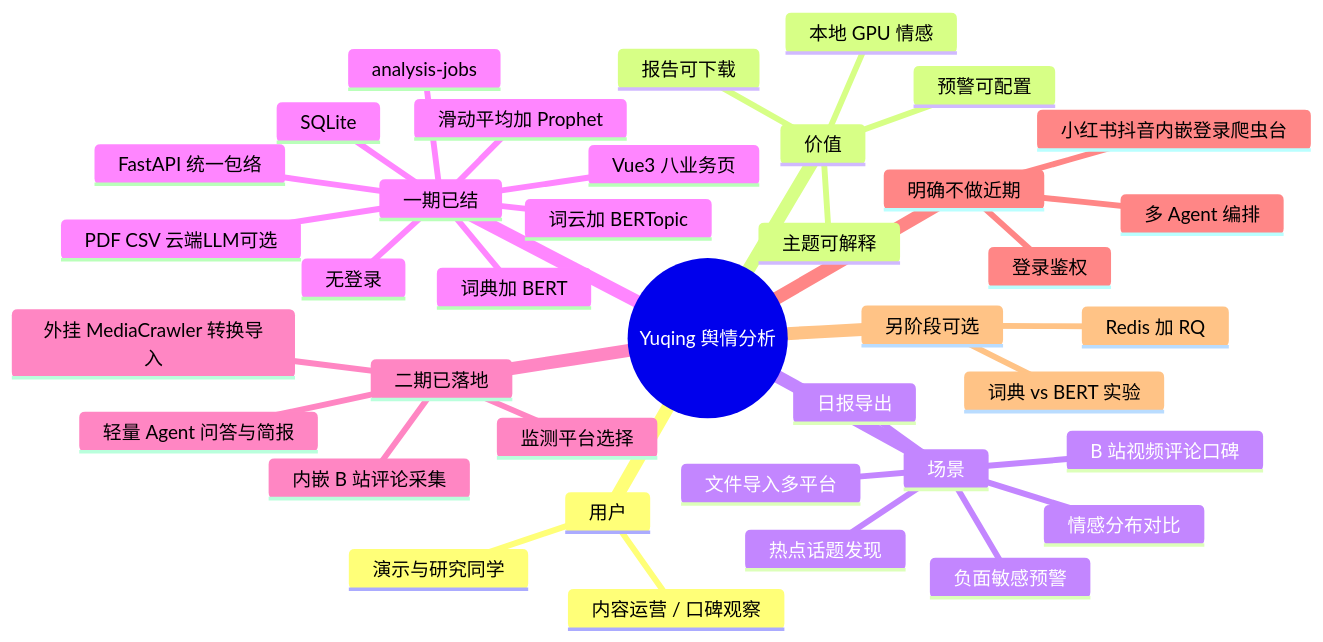
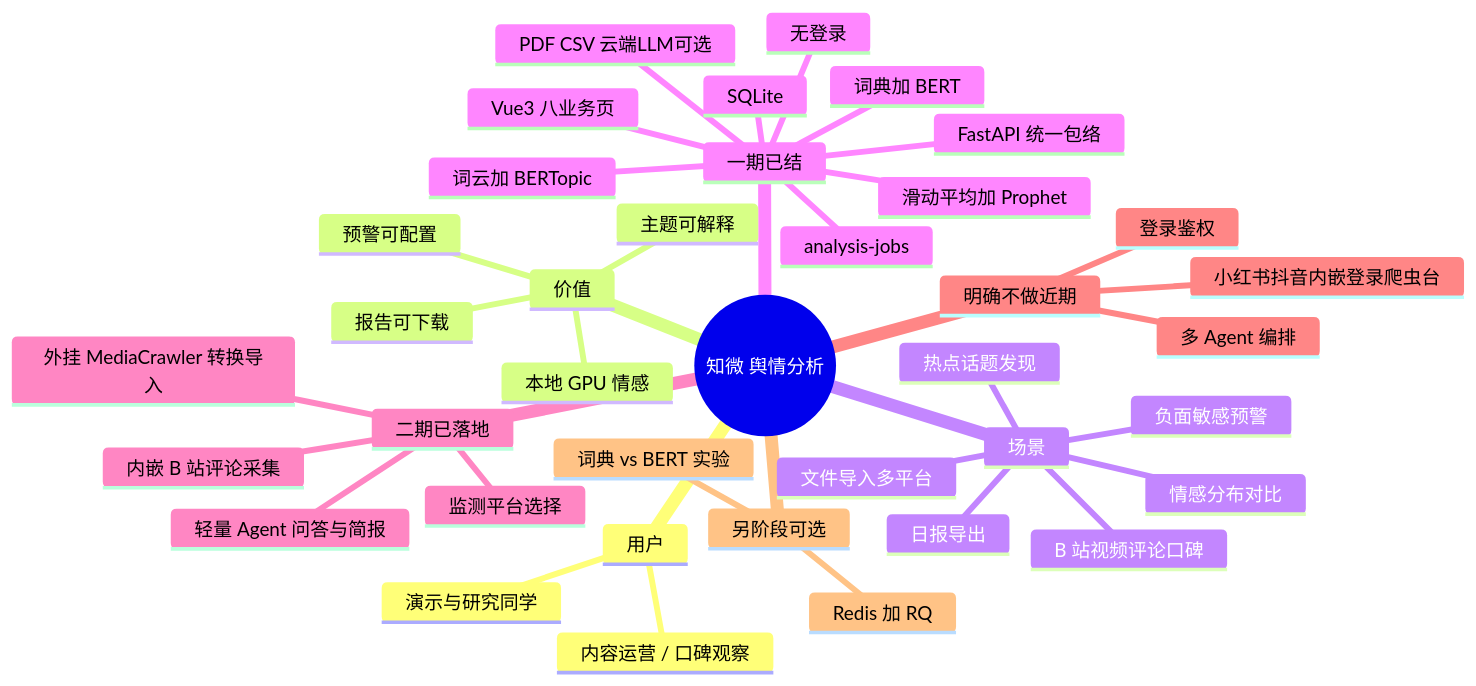
One commit to LinJJ12/yuqing changed the seventh of 13 diagrams in docs/diagrams.md. Above: the diagram before and after it, drawn with Mermaid. The commit also changed other lines of this file and 35 other files, not shown here.

````diff
--- a/docs/diagrams.md
+++ b/docs/diagrams.md
@@ -123,41 +123,41 @@
 ```mermaid
 mindmap
-  root((Yuqing 舆情分析))
+  root((知微 舆情分析))
     用户
       演示与研究同学
       内容运营 / 口碑观察
     价值
       本地 GPU 情感
       主题可解释
       预警可配置
       报告可下载
     场景
       B 站视频评论口碑
       文件导入多平台
       情感分布对比
       热点话题发现
       负面敏感预警
       日报导出
     一期已结
       Vue3 八业务页
       FastAPI 统一包络
       SQLite
       词典加 BERT
       词云加 BERTopic
       滑动平均加 Prophet
       analysis-jobs
       PDF CSV 云端LLM可选
       无登录
     二期已落地
       外挂 MediaCrawler 转换导入
       内嵌 B 站评论采集
       监测平台选择
       轻量 Agent 问答与简报
     明确不做近期
       登录鉴权
       多 Agent 编排
       小红书抖音内嵌登录爬虫台
     另阶段可选
       词典 vs BERT 实验
       Redis 加 RQ
 ```
````
